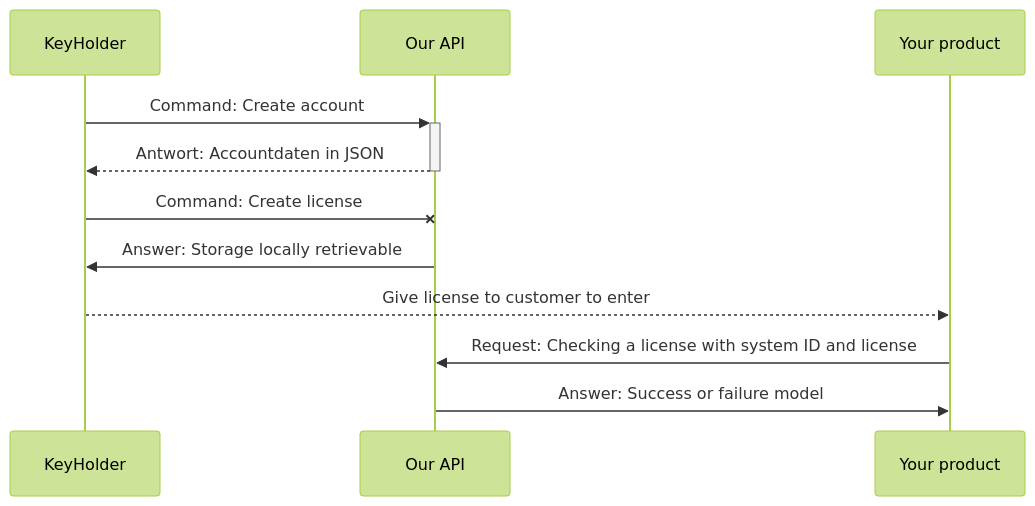
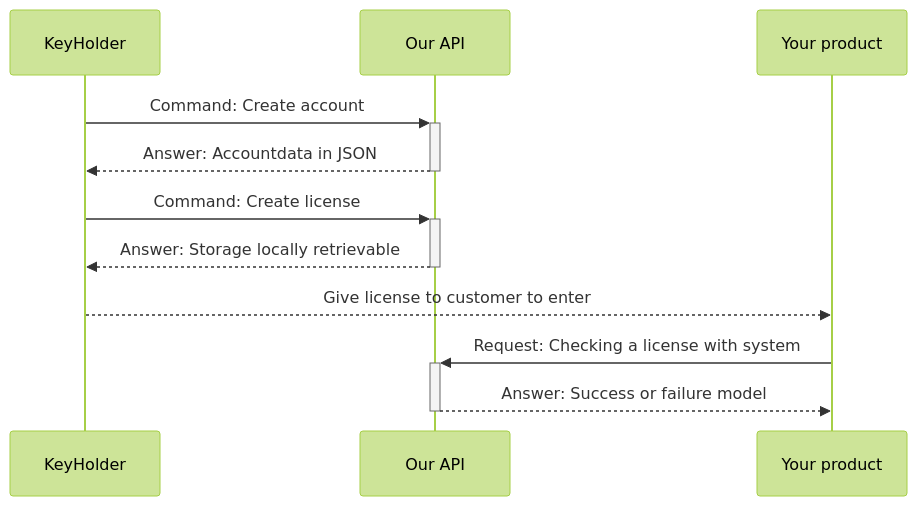
Before and after one commit to HenryMilesCoding/KeyHolderLicenceApiExamples: the diagram in README.md, drawn with Mermaid (forest theme). The commit also changed other lines of this file, not shown here.

Commit message:
Readme verbessert

````diff
--- a/README.md
+++ b/README.md
@@ -12,12 +13,13 @@
 ```mermaid
 sequenceDiagram
 KeyHolder ->>+Our API: Command: Create account
-Our API-->>-KeyHolder: Antwort: Accountdaten in JSON
+Our API-->>-KeyHolder: Answer: Accountdata in JSON
 
-KeyHolder -x Our API: Command: Create license
-Our API ->> KeyHolder: Answer: Storage locally retrievable
+KeyHolder ->>+Our API: Command: Create license
+Our API-->>-KeyHolder: Answer: Storage locally retrievable
+
 KeyHolder -->> Your product: Give license to customer to enter
 
-Your product ->> Our API: Request: Checking a license with system ID and license
-Our API ->> Your product: Answer: Success or failure model
+Your product->>+Our API:  Request: Checking a license with system 
+Our API-->>-Your product: Answer: Success or failure model
 ```
````
